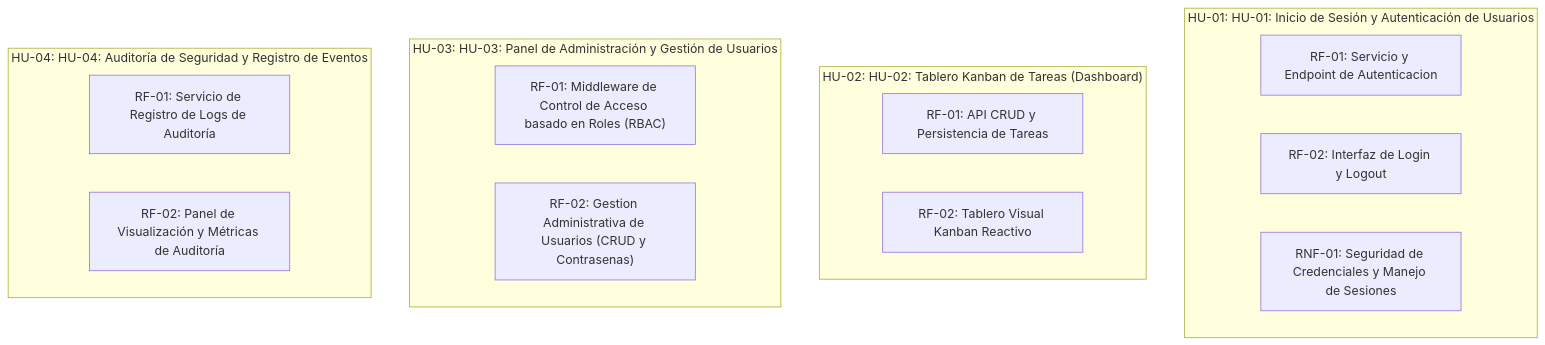
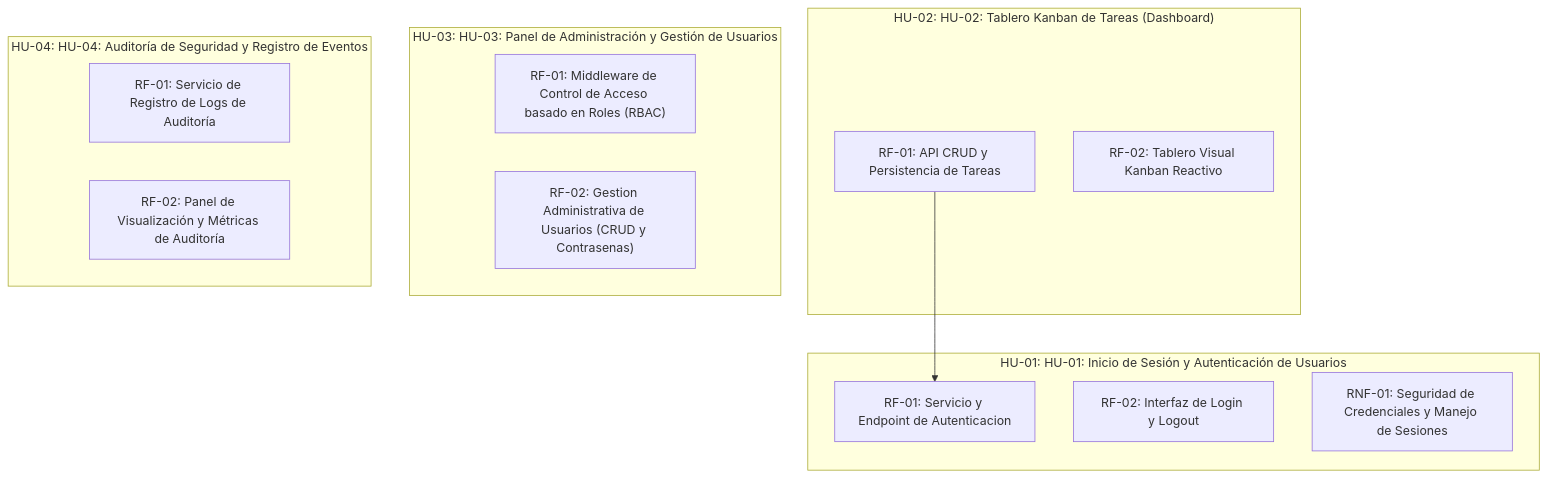
The diagram in docs/grafo.md (fiemcasals/PRUEBA_SCRUM), drawn with Mermaid before and after one commit. The commit also changed other lines of this file, not shown here.

````diff
--- a/docs/grafo.md
+++ b/docs/grafo.md
@@ -5,20 +5,21 @@
 ```mermaid
 graph TD
   subgraph US_1786548038997["HU-01: HU-01: Inicio de Sesión y Autenticación de Usuarios"]
     REQ_1786550047158["RF-01: Servicio y Endpoint de Autenticacion"]
     REQ_1786550047244["RF-02: Interfaz de Login y Logout"]
     REQ_1786550047330["RNF-01: Seguridad de Credenciales y Manejo de Sesiones"]
   end
   subgraph US_1786548041528["HU-02: HU-02: Tablero Kanban de Tareas (Dashboard)"]
     REQ_1786550047416["RF-01: API CRUD y Persistencia de Tareas"]
     REQ_1786550047501["RF-02: Tablero Visual Kanban Reactivo"]
   end
   subgraph US_1786548043984["HU-03: HU-03: Panel de Administración y Gestión de Usuarios"]
     REQ_1786550047567["RF-01: Middleware de Control de Acceso basado en Roles (RBAC)"]
     REQ_1786550047637["RF-02: Gestion Administrativa de Usuarios (CRUD y Contrasenas)"]
   end
   subgraph US_1786638004323["HU-04: HU-04: Auditoría de Seguridad y Registro de Eventos"]
     REQ_1786638016981["RF-01: Servicio de Registro de Logs de Auditoría"]
     REQ_1786638091109["RF-02: Panel de Visualización y Métricas de Auditoría"]
   end
+  REQ_1786550047416 --> REQ_1786550047158
 ```
````
